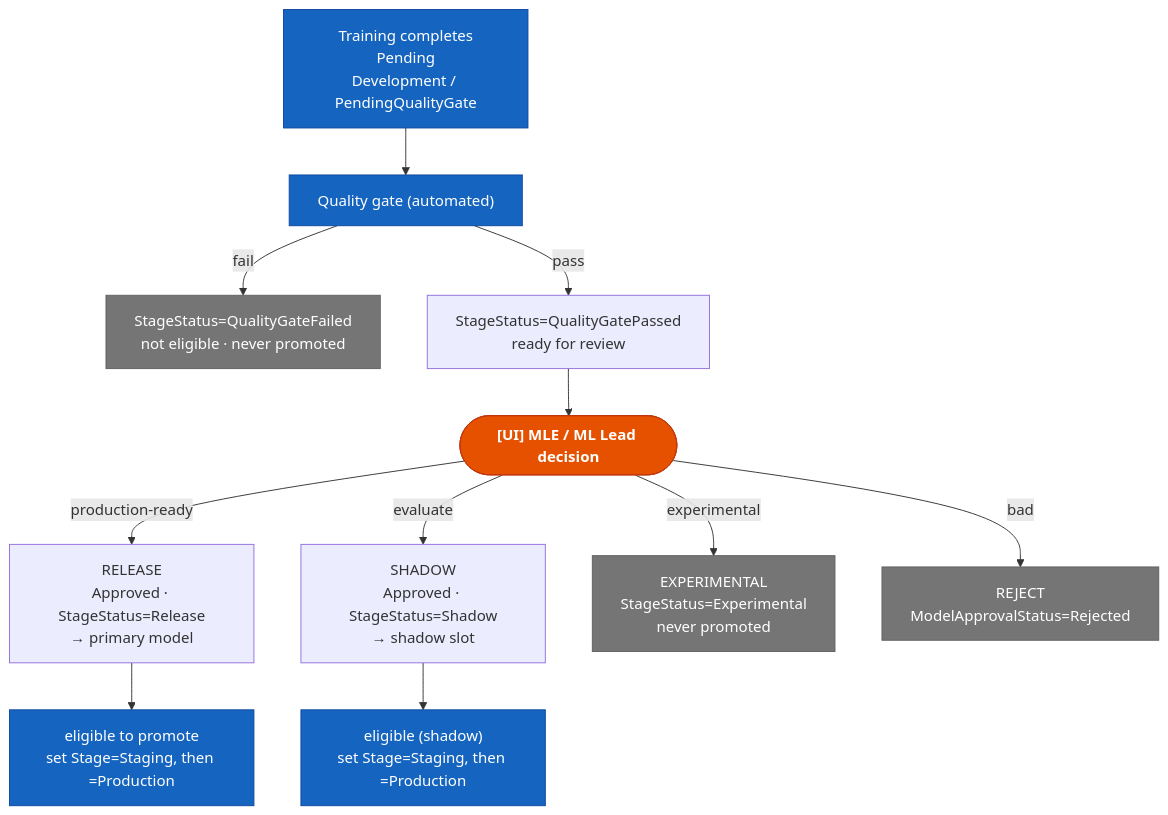
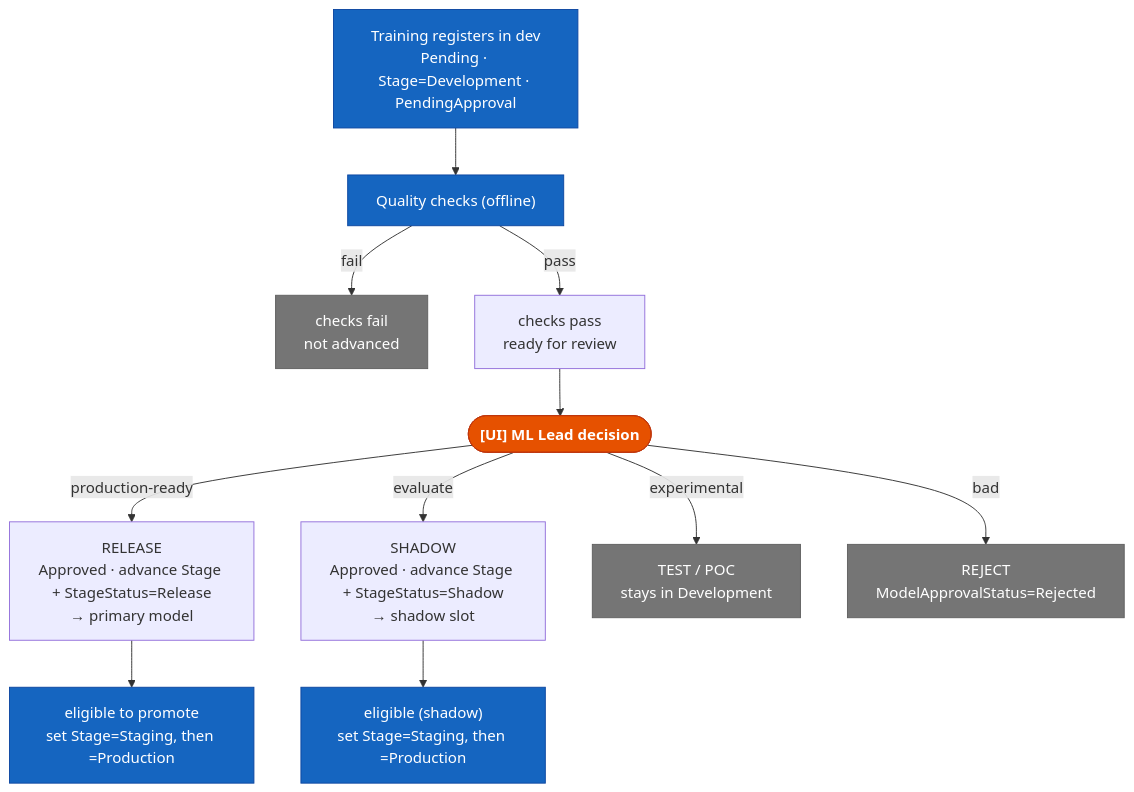
One commit to schilker/public changed the fifth of 6 diagrams in test.md. Above: the diagram before and after it, drawn with Mermaid. The commit also changed other lines of this file, not shown here.

````diff
--- a/test.md
+++ b/test.md
@@ -433,32 +435,32 @@
 ```mermaid
 flowchart TD
     classDef human fill:#e65100,stroke:#bf360c,color:#fff,font-weight:bold
     classDef auto  fill:#1565c0,stroke:#0d47a1,color:#fff
     classDef dead  fill:#757575,stroke:#616161,color:#fff
 
-    START["Training completes\nPending\nDevelopment / PendingQualityGate"]
-    QG["Quality gate (automated)"]
+    START["Training registers in dev\nPending · Stage=Development · PendingApproval"]
+    QG["Quality checks (offline)"]
     START --> QG
-    FAIL["StageStatus=QualityGateFailed\nnot eligible · never promoted"]
-    PASS["StageStatus=QualityGatePassed\nready for review"]
+    FAIL["checks fail\nnot advanced"]
+    PASS["checks pass\nready for review"]
     QG -- "fail" --> FAIL
     QG -- "pass" --> PASS
-    DEC(["[UI] MLE / ML Lead decision"])
+    DEC(["[UI] ML Lead decision"])
     PASS --> DEC
-    REL["RELEASE\nApproved · StageStatus=Release\n→ primary model"]
-    SHAD["SHADOW\nApproved · StageStatus=Shadow\n→ shadow slot"]
-    TEST["EXPERIMENTAL\nStageStatus=Experimental\nnever promoted"]
+    REL["RELEASE\nApproved · advance Stage + StageStatus=Release\n→ primary model"]
+    SHAD["SHADOW\nApproved · advance Stage + StageStatus=Shadow\n→ shadow slot"]
+    TEST["TEST / POC\nstays in Development"]
     REJ["REJECT\nModelApprovalStatus=Rejected"]
     DEC -- "production-ready" --> REL
     DEC -- "evaluate" --> SHAD
     DEC -- "experimental" --> TEST
     DEC -- "bad" --> REJ
     EB1["eligible to promote\nset Stage=Staging, then =Production"]
     EB2["eligible (shadow)\nset Stage=Staging, then =Production"]
     REL --> EB1
     SHAD --> EB2
 
     class DEC human
     class START,QG,EB1,EB2 auto
     class FAIL,TEST,REJ dead
 ```
````
